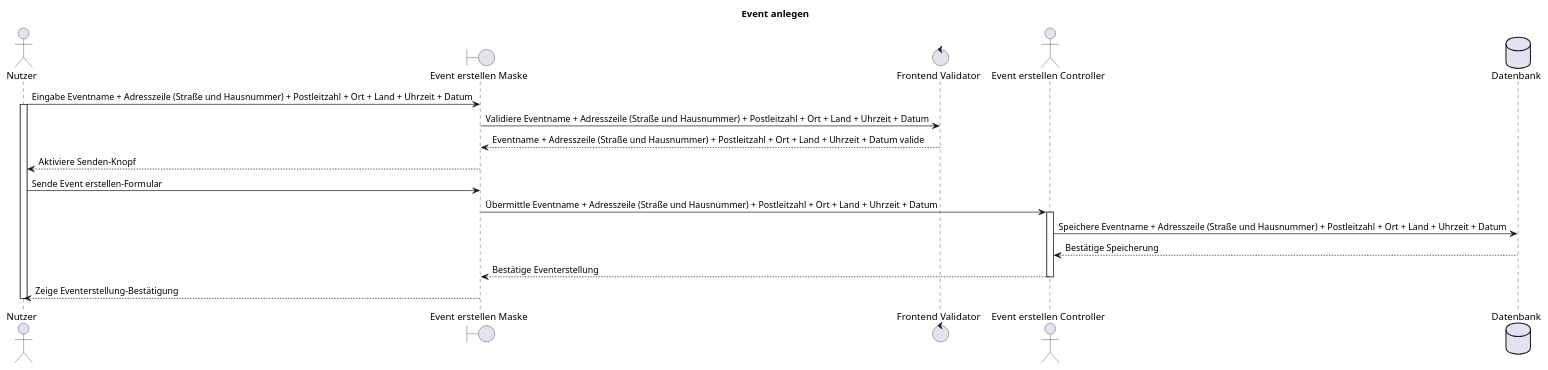
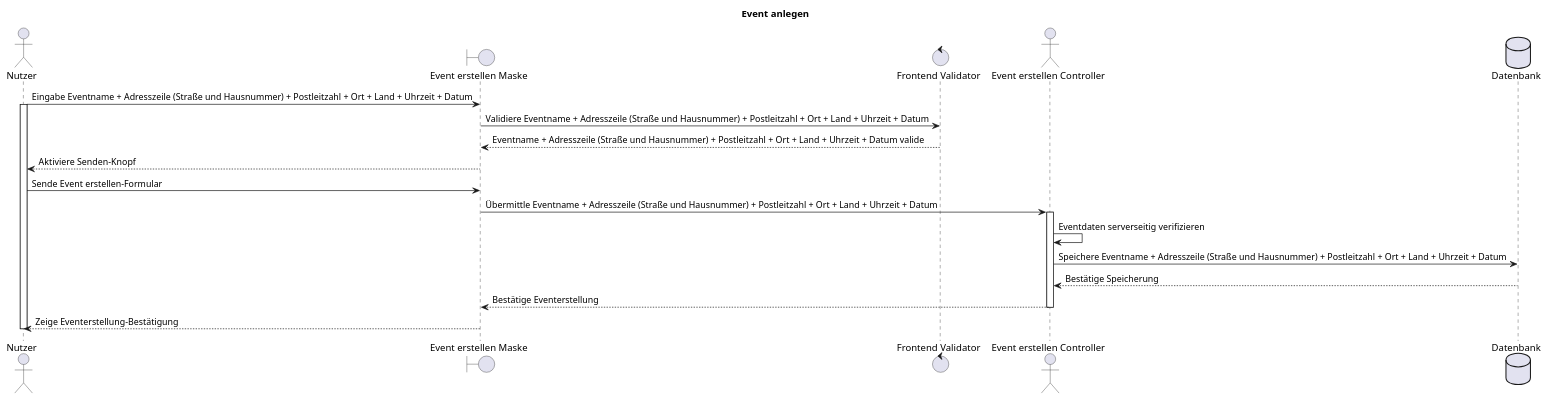
The diagram in docs/F001/F001_eventAnlegen_seq.plantuml (party-time-2/party-time), drawn with PlantUML before and after one commit. The commit also changed 3 other files, not shown here.

Commit message:
f001 diagrams

```diff
--- a/docs/F001/F001_eventAnlegen_seq.plantuml
+++ b/docs/F001/F001_eventAnlegen_seq.plantuml
@@ -1,27 +1,27 @@
 @startuml F001_eventAnlegen_seq
 title "Event anlegen"
 
 actor "Nutzer" as user
 boundary "Event erstellen Maske" as createEvent
 control "Frontend Validator" as frontValid
 actor "Event erstellen Controller" as controller
 database "Datenbank" as db
 
 user -> createEvent: Eingabe Eventname + Adresszeile (Straße und Hausnummer) + Postleitzahl + Ort + Land + Uhrzeit + Datum
 activate user
 createEvent -> frontValid: Validiere Eventname + Adresszeile (Straße und Hausnummer) + Postleitzahl + Ort + Land + Uhrzeit + Datum
 createEvent <-- frontValid: Eventname + Adresszeile (Straße und Hausnummer) + Postleitzahl + Ort + Land + Uhrzeit + Datum valide
 user <-- createEvent: Aktiviere Senden-Knopf
 user -> createEvent: Sende Event erstellen-Formular
 
 createEvent -> controller: Übermittle Eventname + Adresszeile (Straße und Hausnummer) + Postleitzahl + Ort + Land + Uhrzeit + Datum
 activate controller
-'TODO Absprechen was hier passiert
+controller -> controller: Eventdaten serverseitig verifizieren
 controller -> db: Speichere Eventname + Adresszeile (Straße und Hausnummer) + Postleitzahl + Ort + Land + Uhrzeit + Datum
 controller <-- db: Bestätige Speicherung
 createEvent <-- controller: Bestätige Eventerstellung
 deactivate controller
 
 user <-- createEvent: Zeige Eventerstellung-Bestätigung
 deactivate user
 @enduml
```
